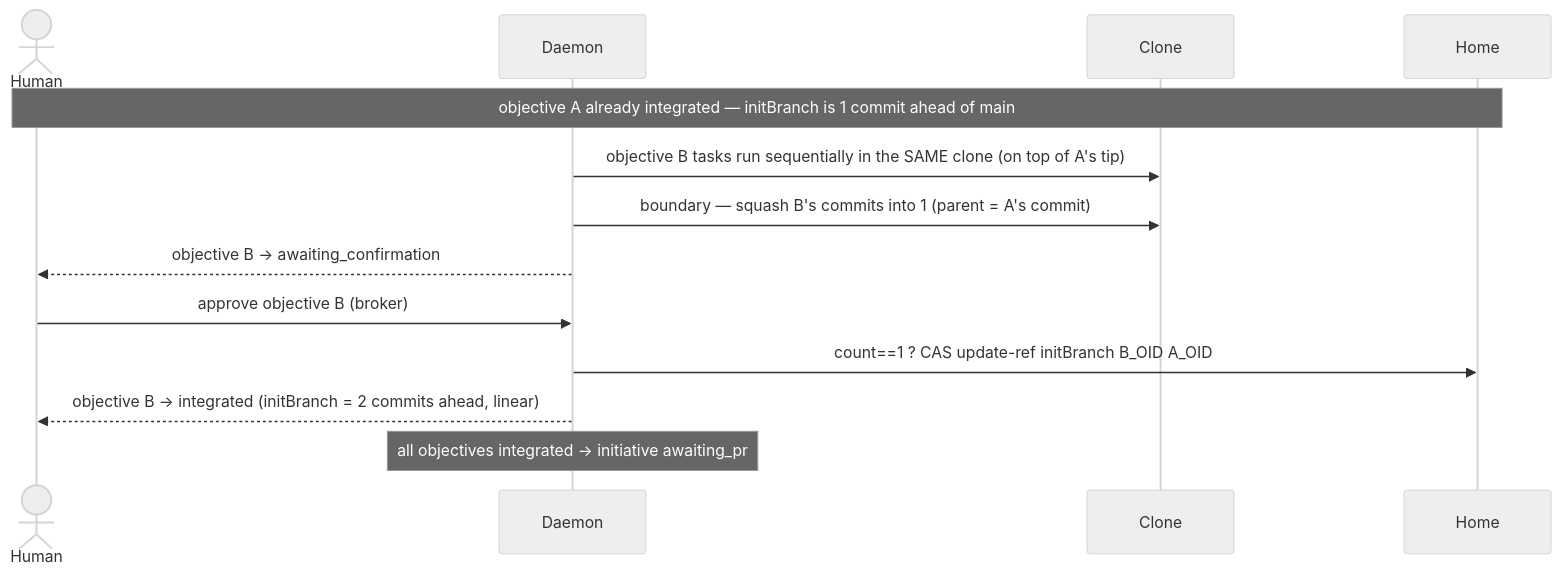
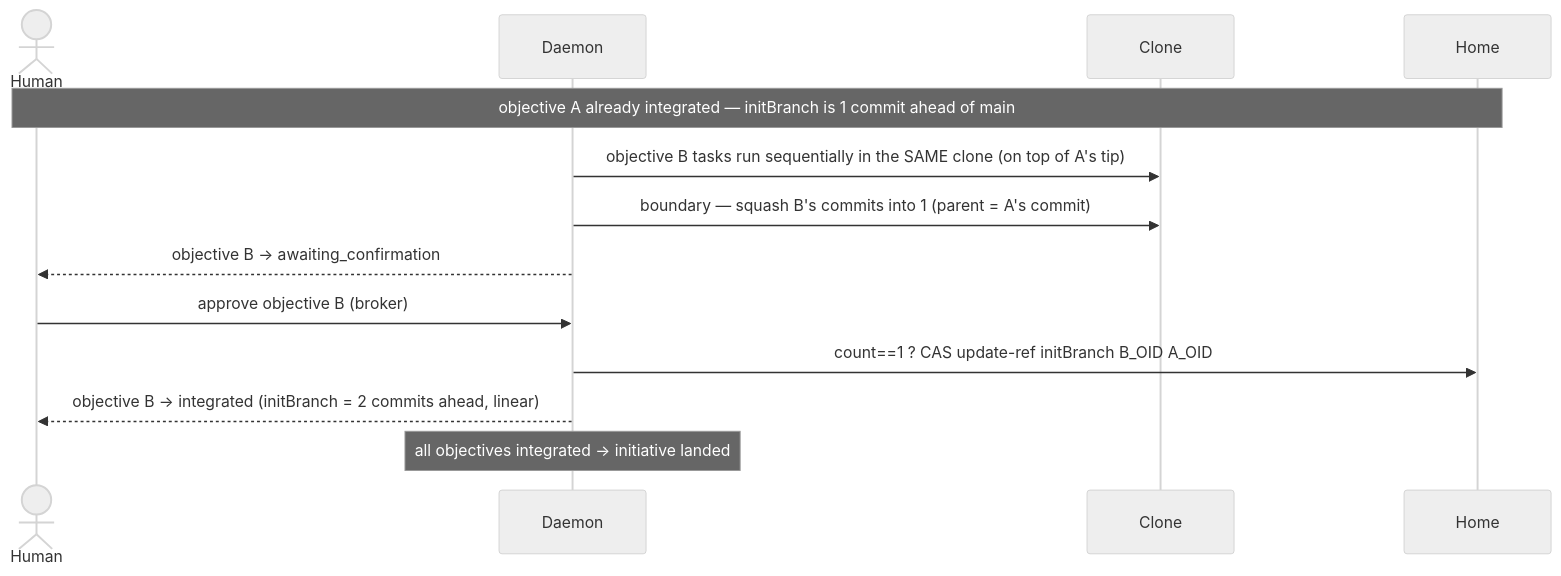
The ninth of 11 diagrams in docs/git-workflow.md (kanthorlabs/kanthord), drawn with Mermaid (neutral theme) before and after one commit. The commit also changed other lines of this file and 5 other files, not shown here.

````diff
--- a/docs/git-workflow.md
+++ b/docs/git-workflow.md
@@ -240,16 +245,16 @@
 ```mermaid
 sequenceDiagram
     actor H as Human
     participant D as Daemon
     participant C as Clone
     participant Home as Home
 
     Note over H,Home: objective A already integrated — initBranch is 1 commit ahead of main
     D->>C: objective B tasks run sequentially in the SAME clone (on top of A's tip)
     D->>C: boundary — squash B's commits into 1 (parent = A's commit)
     D-->>H: objective B → awaiting_confirmation
     H->>D: approve objective B (broker)
     D->>Home: count==1 ? CAS update-ref initBranch B_OID A_OID
     D-->>H: objective B → integrated (initBranch = 2 commits ahead, linear)
-    Note over D: all objectives integrated → initiative awaiting_pr
+    Note over D: all objectives integrated → initiative landed
 ```
````
